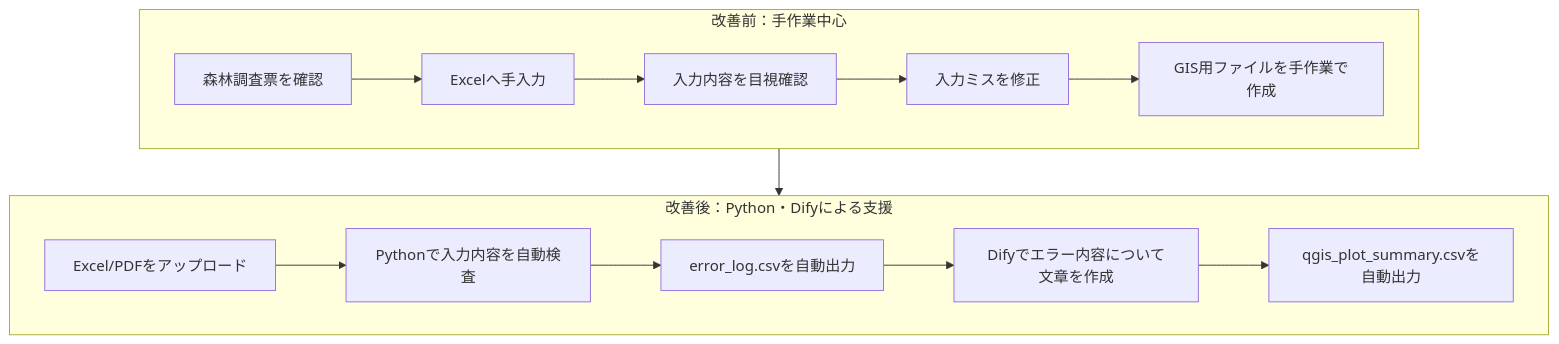
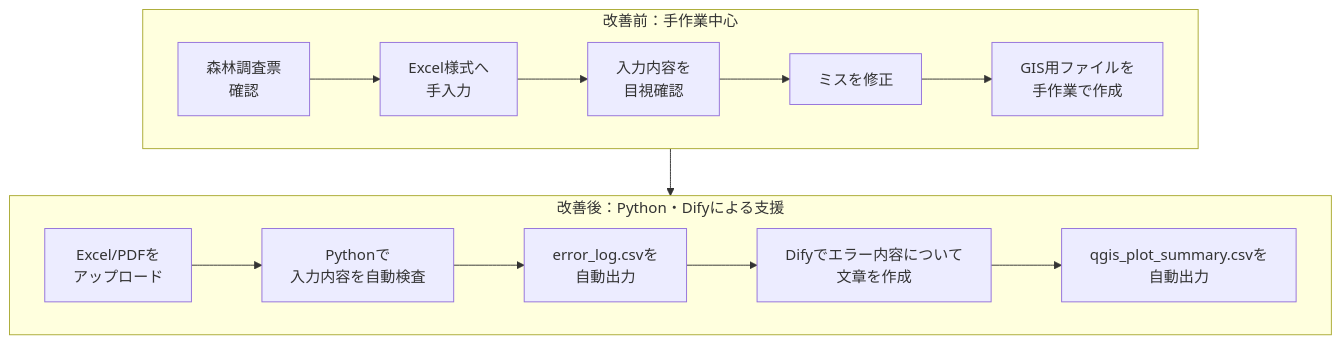
Before and after one commit to yuu-gis0745/prototype: the second of 2 diagrams in README.md, drawn with Mermaid. The commit also changed other lines of this file and 26 other files, not shown here.

````diff
--- a/README.md
+++ b/README.md
@@ -211,26 +331,27 @@
 ```mermaid
 flowchart TB;
     subgraph Before[改善前：手作業中心]
     direction LR;
-        B1[森林調査票を確認]
-        B2[Excelへ手入力]
-        B3[入力内容を目視確認]
-        B4[入力ミスを修正]
-        B5[GIS用ファイルを手作業で作成]
+        B1[森林調査票<br/>確認]
+        B2[Excel様式へ<br/>手入力]
+        B3[入力内容を<br/>目視確認]
+        B4[ミスを修正]
+        B5[GIS用ファイルを<br/>手作業で作成]
 
         B1 --> B2 --> B3 --> B4 --> B5
       
     end
     subgraph After[改善後：Python・Difyによる支援]
     direction LR;
-        A1[Excel/PDFをアップロード]
-        A2[Pythonで入力内容を自動検査]
-        A3[error_log.csvを自動出力]
-        A4[Difyでエラー内容について文章を作成]
-        A5[qgis_plot_summary.csvを自動出力]
+        A1[Excel/PDFを<br/>アップロード]
+        A2[Pythonで<br/>入力内容を自動検査]
+        A3[error_log.csvを<br/>自動出力]
+        A4[Difyでエラー内容について<br/>文章を作成]
+        A5[qgis_plot_summary.csvを<br/>自動出力]
 
         A1 --> A2 --> A3 --> A4 --> A5
 
     end
     Before --> After
+
 ```
````
